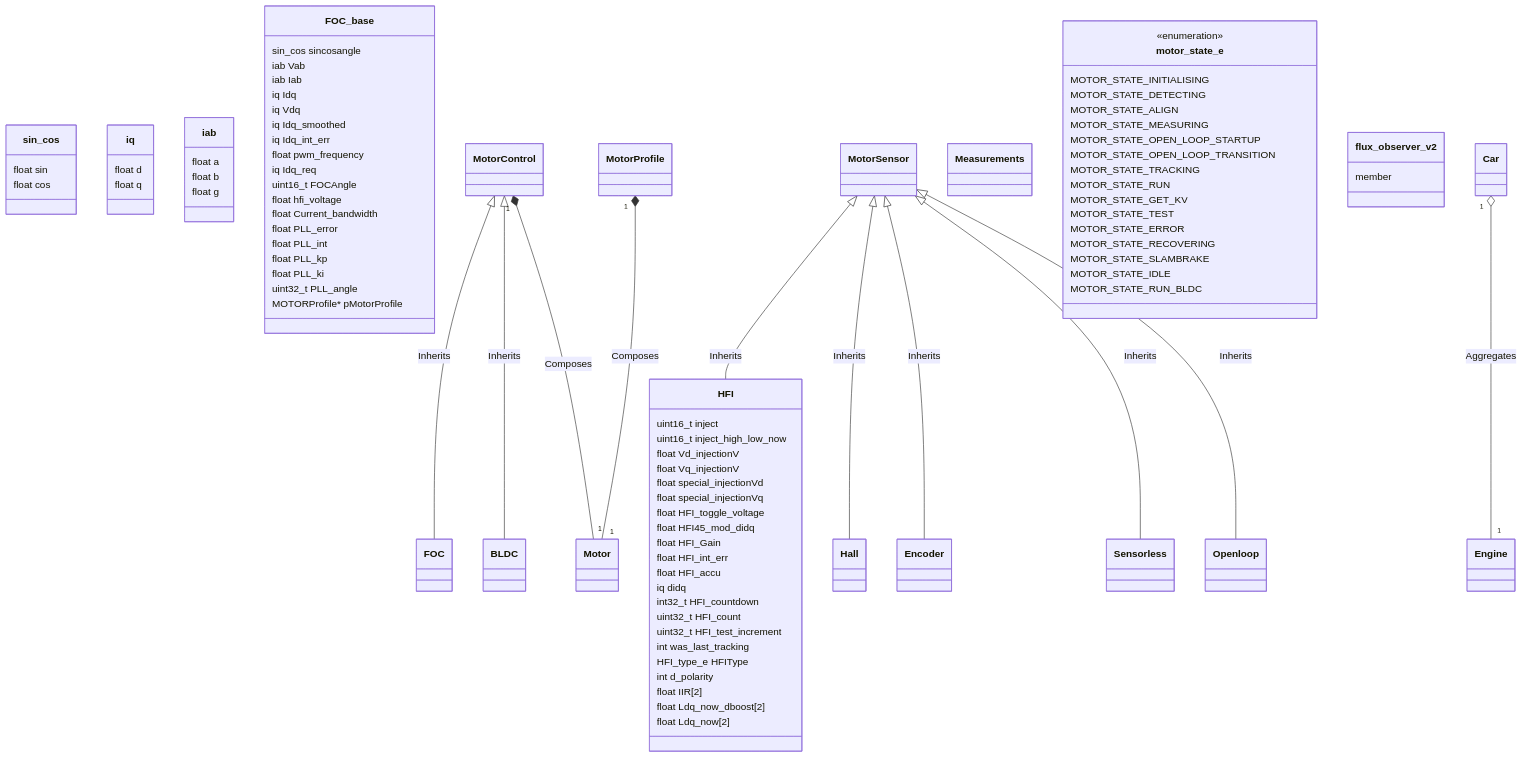
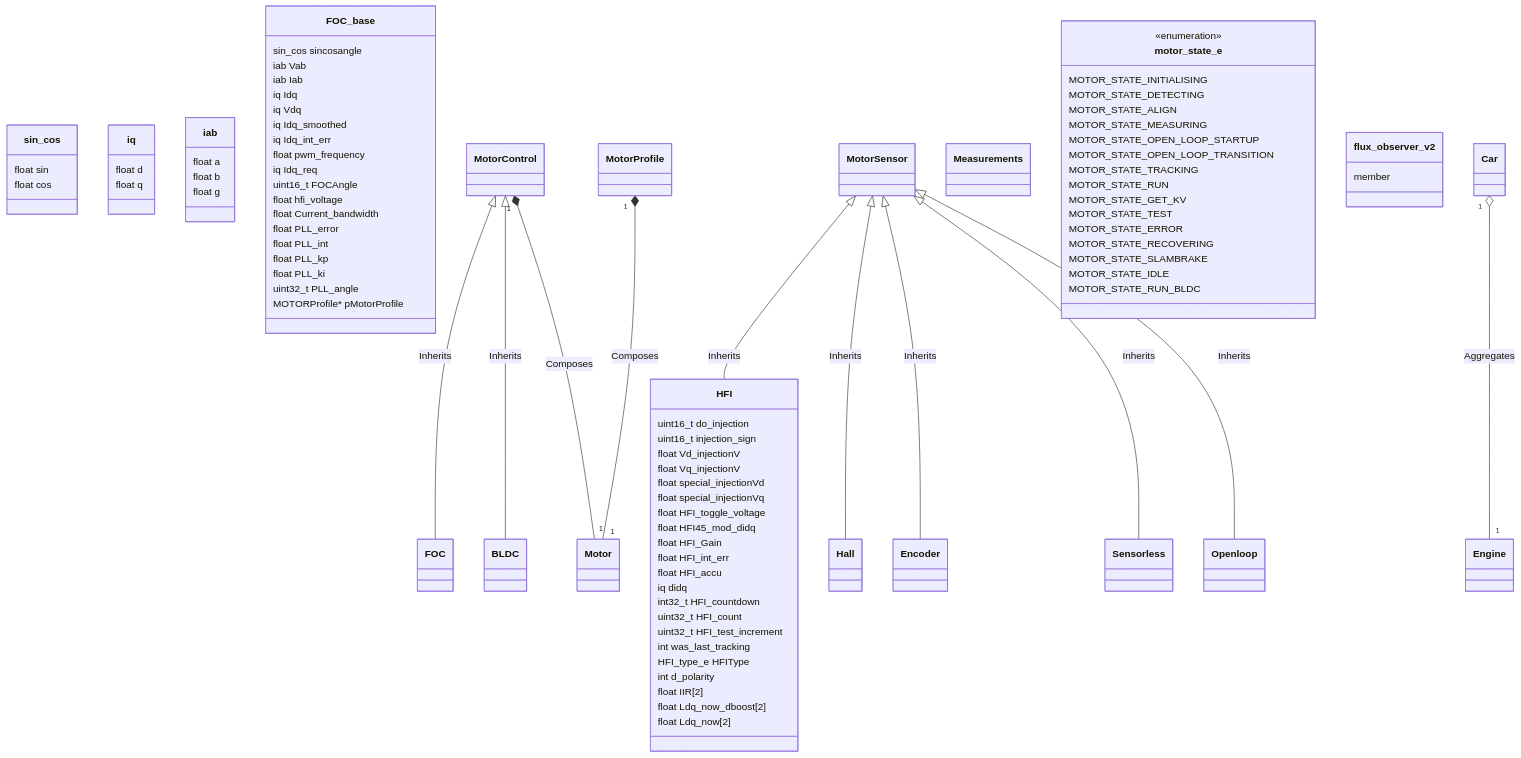
The diagram in MESC_Firmware/design.md (nordstream3/MESC_vscode), drawn with Mermaid before and after one commit. The commit also changed 24 other files, not shown here.

Commit message:
realtime debug graph dump optimized and working

```diff
--- a/MESC_Firmware/design.md
+++ b/MESC_Firmware/design.md
@@ -18,8 +18,8 @@
 }
 
 class HFI {
-  uint16_t inject
-  uint16_t inject_high_low_now
+  uint16_t do_injection
+  uint16_t injection_sign
   float Vd_injectionV
   float Vq_injectionV
   float special_injectionVd
```
